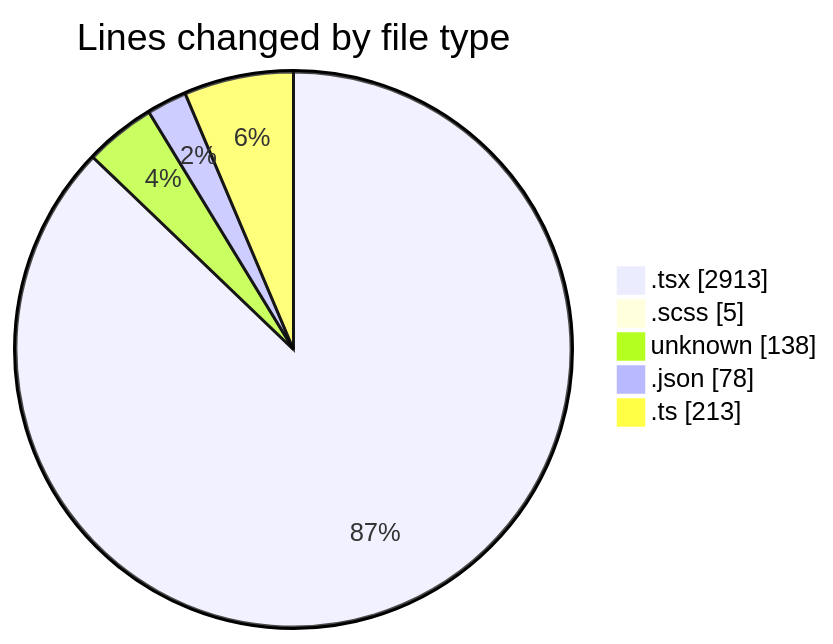
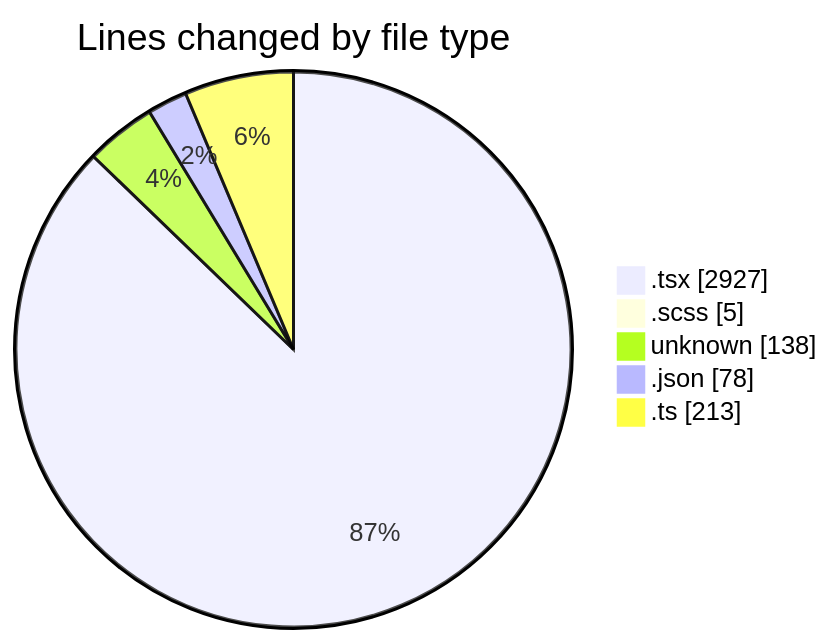
The first of 2 diagrams in 2026-10-13/cda/README.md (momahboobian/code-tracking), drawn with Mermaid before and after one commit. The commit also changed other lines of this file and 1 other file, not shown here.

````diff
--- a/2026-10-13/cda/README.md
+++ b/2026-10-13/cda/README.md
@@ -38,9 +38,9 @@
 ```mermaid
 pie showData
 title Lines changed by file type
-".tsx" : 2913
+".tsx" : 2927
 ".scss" : 5
 "unknown" : 138
 ".json" : 78
 ".ts" : 213
 ```
````
